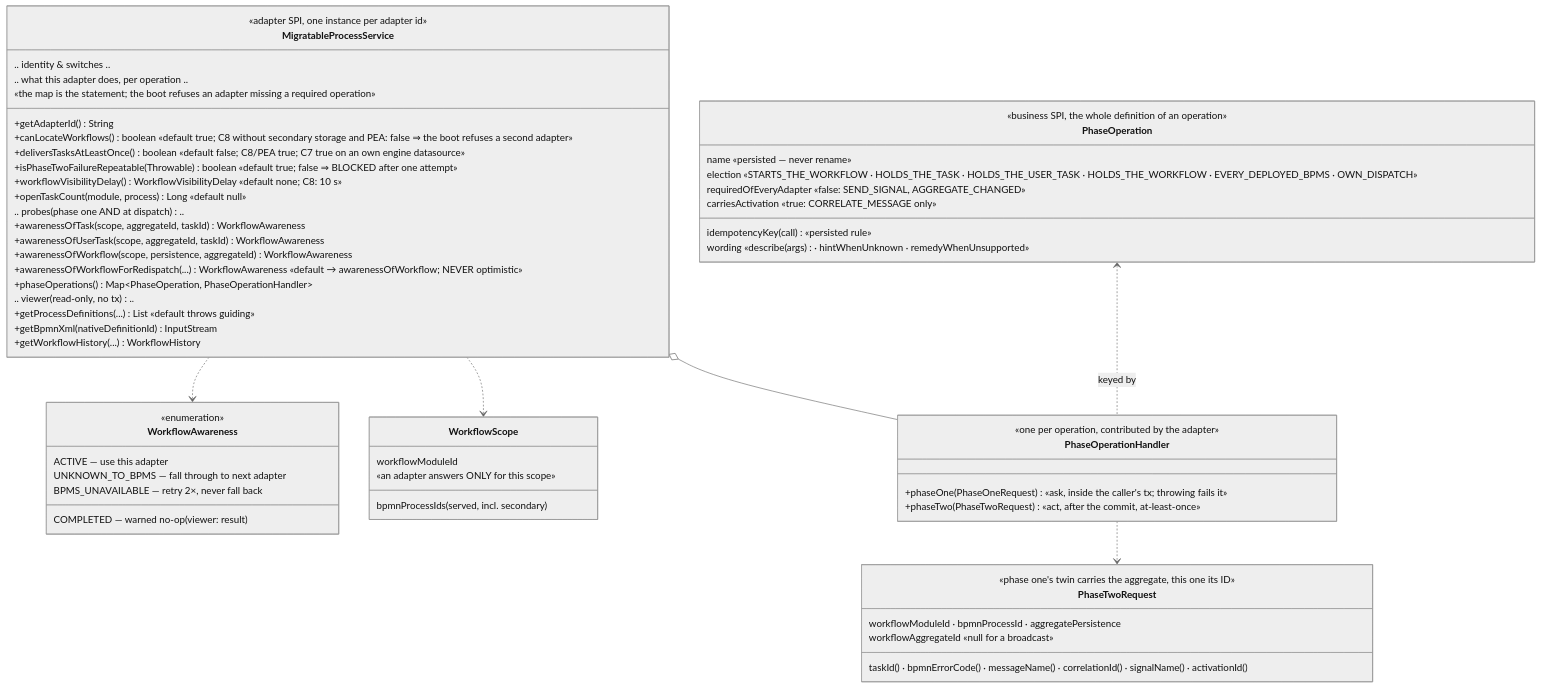
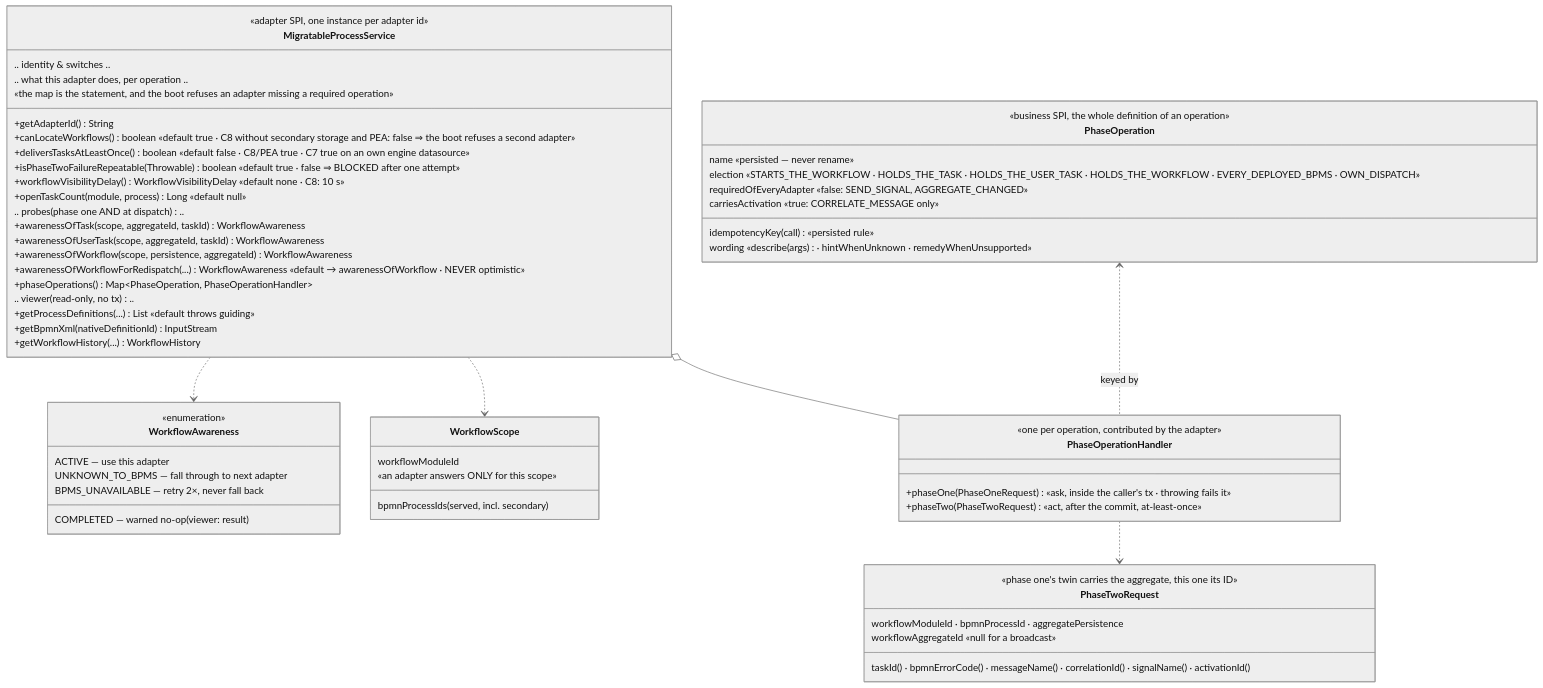
Before and after one commit to vanillabp/adapter-platform-integration: the tenth of 15 diagrams in migration-adapter/README.md, drawn with Mermaid (neutral theme). The commit also changed other lines of this file, not shown here.

````diff
--- a/migration-adapter/README.md
+++ b/migration-adapter/README.md
@@ -1381,62 +1381,62 @@
 ```mermaid
 classDiagram
   class MigratableProcessService {
     <<adapter SPI, one instance per adapter id>>
     +getAdapterId() String
     .. identity & switches ..
-    +canLocateWorkflows() boolean  «default true; C8 without secondary storage and PEA: false ⇒ the boot refuses a second adapter»
-    +deliversTasksAtLeastOnce() boolean  «default false; C8/PEA true; C7 true on an own engine datasource»
-    +isPhaseTwoFailureRepeatable(Throwable) boolean  «default true; false ⇒ BLOCKED after one attempt»
-    +workflowVisibilityDelay() WorkflowVisibilityDelay  «default none; C8: 10 s»
+    +canLocateWorkflows() boolean  «default true · C8 without secondary storage and PEA: false ⇒ the boot refuses a second adapter»
+    +deliversTasksAtLeastOnce() boolean  «default false · C8/PEA true · C7 true on an own engine datasource»
+    +isPhaseTwoFailureRepeatable(Throwable) boolean  «default true · false ⇒ BLOCKED after one attempt»
+    +workflowVisibilityDelay() WorkflowVisibilityDelay  «default none · C8: 10 s»
     +openTaskCount(module, process) Long  «default null»
     .. probes (phase one AND at dispatch) ..
     +awarenessOfTask(scope, aggregateId, taskId) WorkflowAwareness
     +awarenessOfUserTask(scope, aggregateId, taskId) WorkflowAwareness
     +awarenessOfWorkflow(scope, persistence, aggregateId) WorkflowAwareness
-    +awarenessOfWorkflowForRedispatch(...) WorkflowAwareness  «default → awarenessOfWorkflow; NEVER optimistic»
+    +awarenessOfWorkflowForRedispatch(...) WorkflowAwareness  «default → awarenessOfWorkflow · NEVER optimistic»
     .. what this adapter does, per operation ..
     +phaseOperations() Map~PhaseOperation, PhaseOperationHandler~
-    «the map is the statement; the boot refuses an adapter missing a required operation»
+    «the map is the statement, and the boot refuses an adapter missing a required operation»
     .. viewer (read-only, no tx) ..
     +getProcessDefinitions(...) List  «default throws guiding»
     +getBpmnXml(nativeDefinitionId) InputStream
     +getWorkflowHistory(...) WorkflowHistory
   }
   class WorkflowAwareness {
     <<enumeration>>
     ACTIVE — use this adapter
     COMPLETED — warned no-op (viewer: result)
     UNKNOWN_TO_BPMS — fall through to next adapter
     BPMS_UNAVAILABLE — retry 2×, never fall back
   }
   class WorkflowScope {
     workflowModuleId
     bpmnProcessIds (served, incl. secondary)
     «an adapter answers ONLY for this scope»
   }
   class PhaseOperationHandler {
     <<one per operation, contributed by the adapter>>
-    +phaseOne(PhaseOneRequest)  «ask, inside the caller's tx; throwing fails it»
+    +phaseOne(PhaseOneRequest)  «ask, inside the caller's tx · throwing fails it»
     +phaseTwo(PhaseTwoRequest)  «act, after the commit, at-least-once»
   }
   class PhaseOperation {
     <<business SPI, the whole definition of an operation>>
     name  «persisted — never rename»
     idempotencyKey(call)  «persisted rule»
     election  «STARTS_THE_WORKFLOW · HOLDS_THE_TASK · HOLDS_THE_USER_TASK · HOLDS_THE_WORKFLOW · EVERY_DEPLOYED_BPMS · OWN_DISPATCH»
     requiredOfEveryAdapter  «false: SEND_SIGNAL, AGGREGATE_CHANGED»
     carriesActivation  «true: CORRELATE_MESSAGE only»
     wording  «describe(args) · hintWhenUnknown · remedyWhenUnsupported»
   }
   class PhaseTwoRequest {
     <<phase one's twin carries the aggregate, this one its ID>>
     workflowModuleId · bpmnProcessId · aggregatePersistence
     workflowAggregateId  «null for a broadcast»
     taskId() · bpmnErrorCode() · messageName() · correlationId() · signalName() · activationId()
   }
   MigratableProcessService ..> WorkflowAwareness
   MigratableProcessService ..> WorkflowScope
   MigratableProcessService o-- PhaseOperationHandler
   PhaseOperationHandler ..> PhaseTwoRequest
   PhaseOperation <.. PhaseOperationHandler : keyed by
 ```
````
